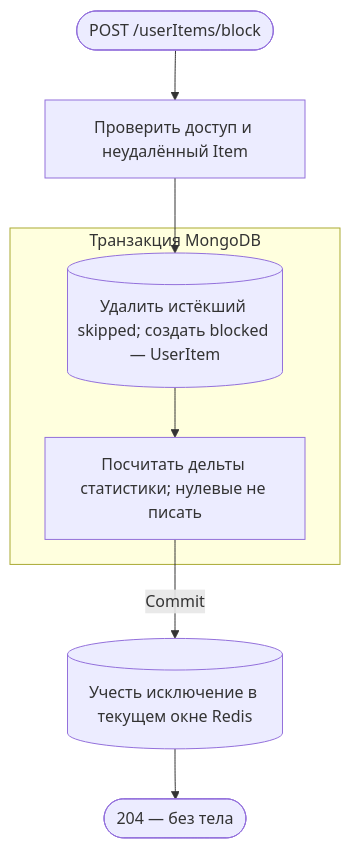
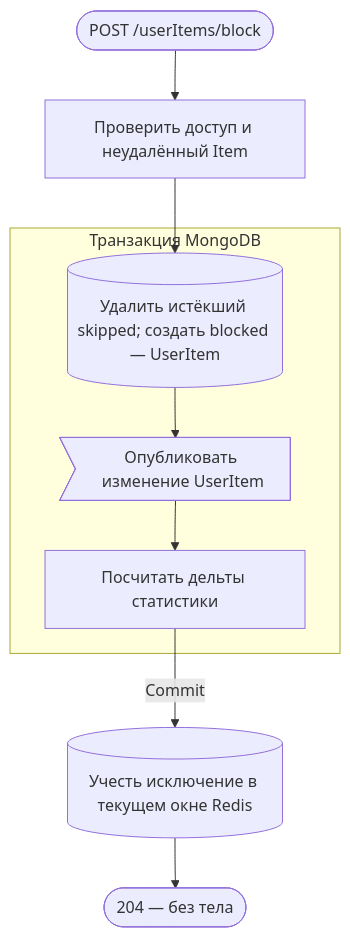
Before and after one commit to AmyGrooove/f95-tinder: the fifth of 9 diagrams in apps/api/public/docs/api/requestFlows/userItems.md, drawn with Mermaid. The commit also changed other lines of this file and 50 other files, not shown here.

````diff
--- a/apps/api/public/docs/api/requestFlows/userItems.md
+++ b/apps/api/public/docs/api/requestFlows/userItems.md
@@ -114,13 +116,14 @@
 ```mermaid
 flowchart TD
     accTitle: Бессрочная блокировка произведения
     accDescr: Проверить Item, сохранить blocked в транзакции и вернуть ответ после commit
     A(["POST /userItems/block"]):::http --> B["Проверить доступ и неудалённый Item"]:::action
     subgraph TX["Транзакция MongoDB"]
         C[("Удалить истёкший skipped; создать blocked — UserItem")]:::data
-        C --> D["Посчитать дельты статистики; нулевые не писать"]:::action
+        C --> V>"Опубликовать изменение UserItem"]:::event
+        V --> D["Посчитать дельты статистики"]:::action
     end
     B --> C
     D -->|Commit| H[("Учесть исключение в текущем окне Redis")]:::data
     H --> R(["204 — без тела"]):::http
 ```
````
